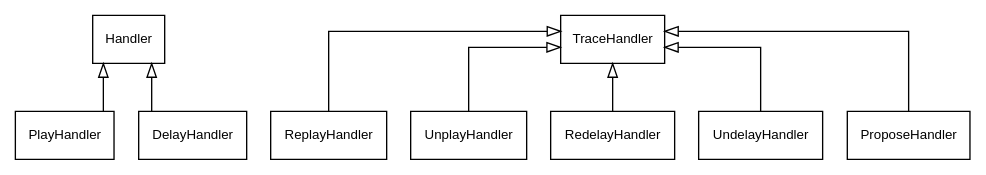
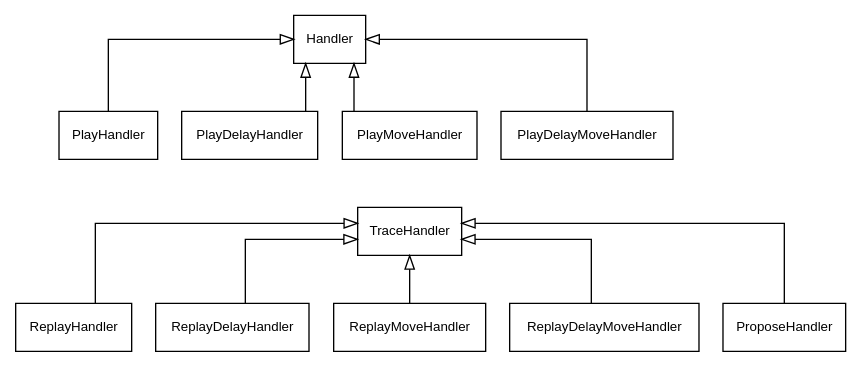
One commit to lawmurray/Birch changed the diagram in docs/figs/Handler.dot. Above: the diagram before and after it, drawn with Graphviz. The commit also changed 83 other files, not shown here.

```diff
--- a/docs/figs/Handler.dot
+++ b/docs/figs/Handler.dot
@@ -1,27 +1,33 @@
 digraph {
   splines=ortho
   concentrate=true
   rankdir=BT
   node [shape=box,fontname=Helvetica,fontsize=10,margin="0.1,0.01"]
   edge [arrowhead=empty]
 
   Handler [href="../classes/Handler/",target="_top"]
   PlayHandler [href="../classes/PlayHandler/",target="_top"]
-  DelayHandler [href="../classes/DelayHandler/",target="_top"]
+  PlayDelayHandler [href="../classes/PlayDelayHandler/",target="_top"]
+  PlayMoveHandler [href="../classes/PlayMoveHandler/",target="_top"]
+  PlayDelayMoveHandler [href="../classes/PlayDelayMoveHandler/",target="_top"]
 
   TraceHandler [href="../classes/TraceHandler/",target="_top"]
   ReplayHandler [href="../classes/ReplayHandler/",target="_top"]
-  UnplayHandler [href="../classes/UnplayHandler/",target="_top"]
-  RedelayHandler [href="../classes/RedelayHandler/",target="_top"]
-  UndelayHandler [href="../classes/UndelayHandler/",target="_top"]
+  ReplayDelayHandler [href="../classes/ReplayDelayHandler/",target="_top"]
+  ReplayMoveHandler [href="../classes/ReplayMoveHandler/",target="_top"]
+  ReplayDelayMoveHandler [href="../classes/ReplayDelayMoveHandler/",target="_top"]
   ProposeHandler [href="../classes/ProposeHandler/",target="_top"]
 
   PlayHandler -> Handler
-  DelayHandler -> Handler
+  PlayDelayHandler -> Handler
+  PlayMoveHandler -> Handler
+  PlayDelayMoveHandler -> Handler
 
   ReplayHandler -> TraceHandler
-  UnplayHandler -> TraceHandler
-  RedelayHandler -> TraceHandler
-  UndelayHandler -> TraceHandler
+  ReplayDelayHandler -> TraceHandler
+  ReplayMoveHandler -> TraceHandler
+  ReplayDelayMoveHandler -> TraceHandler
   ProposeHandler -> TraceHandler
+
+  TraceHandler -> PlayMoveHandler [style=invis]
 }
```
